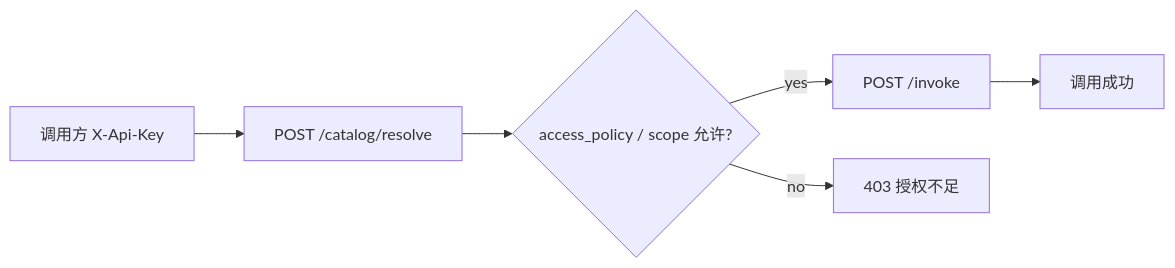
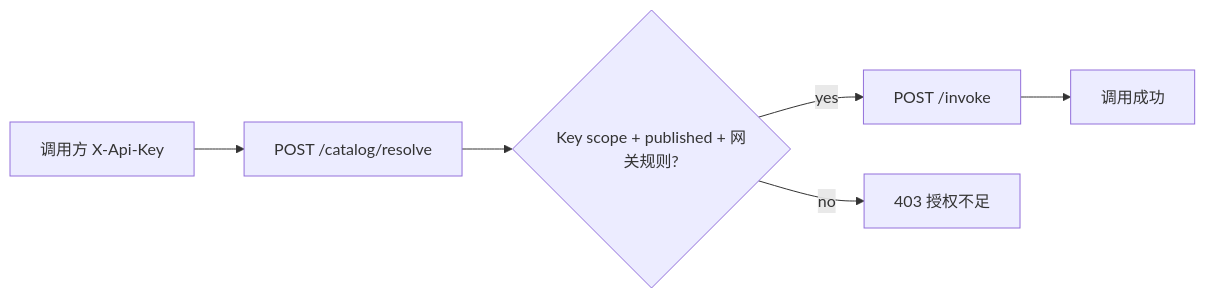
Before and after one commit to WangDiGua/LantuConnect-Backend: the fourth of 4 diagrams in docs/frontend-alignment-handbook.md, drawn with Mermaid. The commit also changed other lines of this file and 15 other files, not shown here.

First line of the commit message:
docs: Grant 下线后与 access_policy 真值对齐

````diff
--- a/docs/frontend-alignment-handbook.md
+++ b/docs/frontend-alignment-handbook.md
@@ -816,8 +816,8 @@
 ```mermaid
 flowchart LR
 consumer[调用方 X-Api-Key] --> resolve["POST /catalog/resolve"]
-resolve --> policyCheck{"access_policy / scope 允许?"}
+resolve --> policyCheck{"Key scope + published + 网关规则?"}
 policyCheck -->|yes| invoke["POST /invoke"]
 policyCheck -->|no| denied[403 授权不足]
 invoke --> ok[调用成功]
 ```
````
